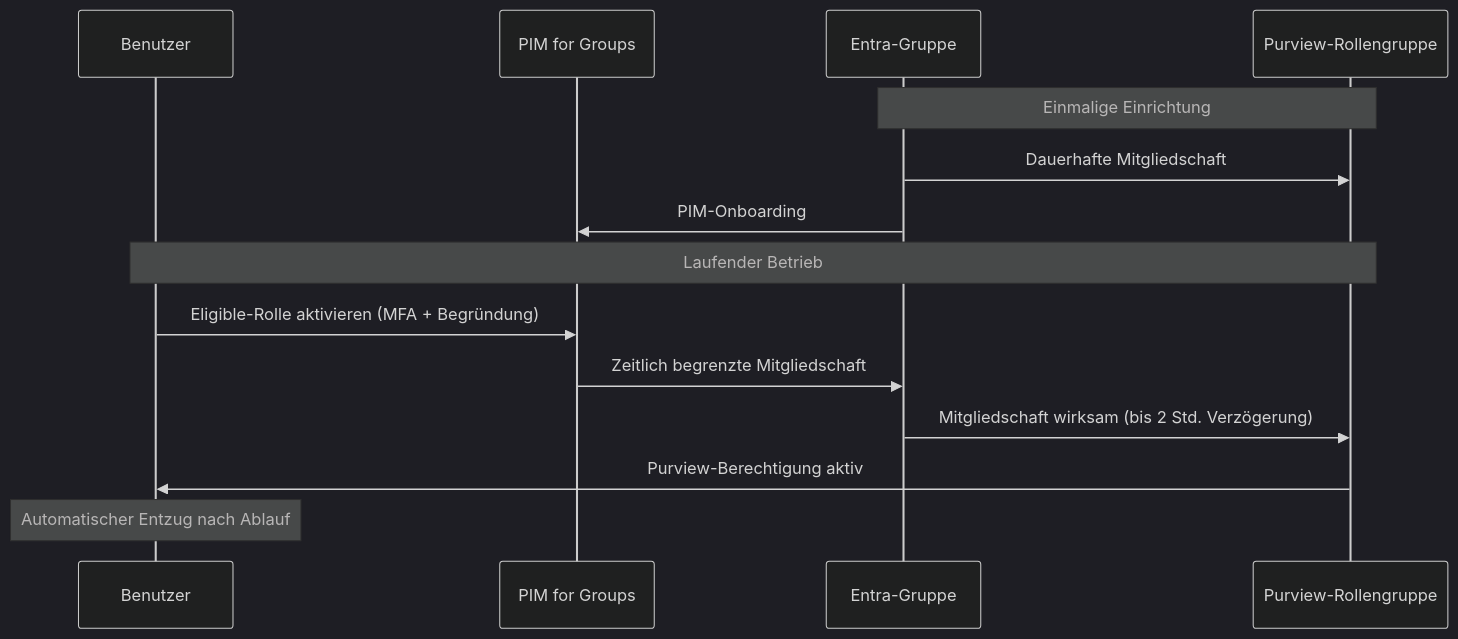
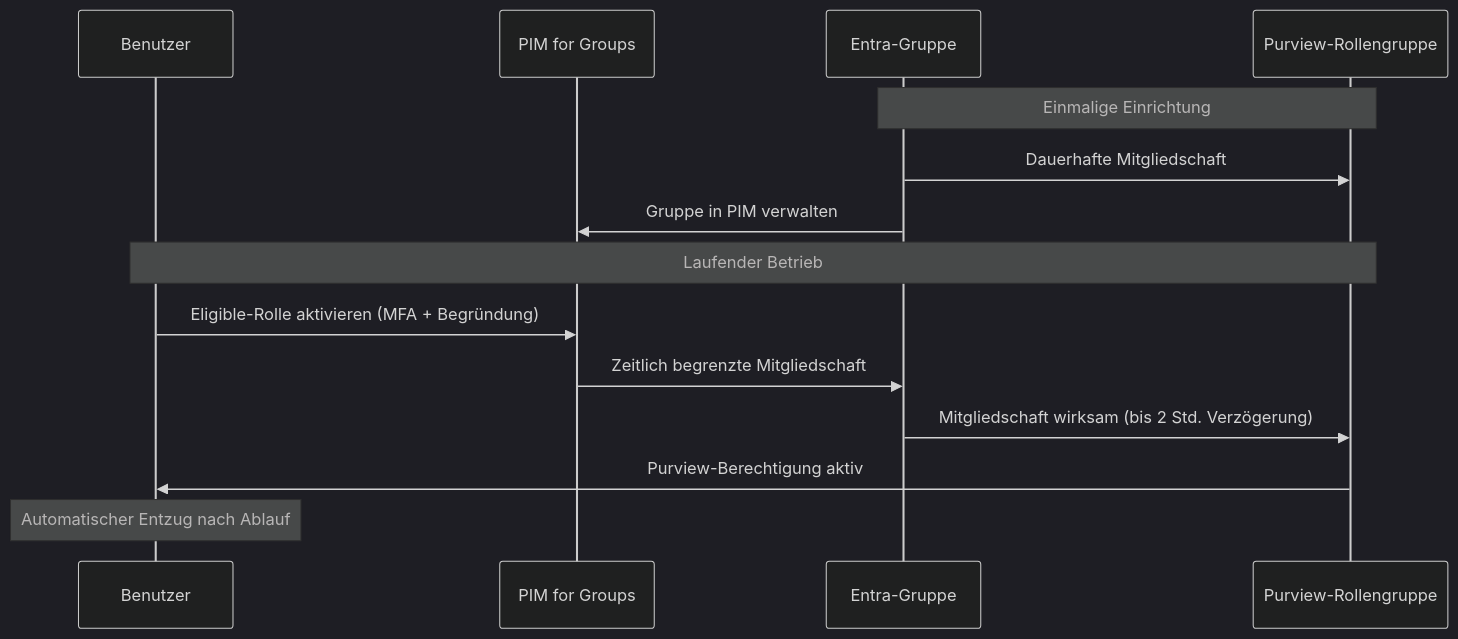
Before and after one commit to WeissiEfficiency/Purview: the fifth of 10 diagrams in Roadmap/Visualisierungen.md, drawn with Mermaid (dark theme). The commit also changed other lines of this file and 22 other files, not shown here.

````diff
--- a/Roadmap/Visualisierungen.md
+++ b/Roadmap/Visualisierungen.md
@@ -89,18 +115,18 @@
 ```mermaid
 sequenceDiagram
     participant U as Benutzer
     participant PIM as PIM for Groups
     participant Grp as Entra-Gruppe
     participant Pur as Purview-Rollengruppe
 
     Note over Grp,Pur: Einmalige Einrichtung
     Grp->>Pur: Dauerhafte Mitgliedschaft
-    Grp->>PIM: PIM-Onboarding
+    Grp->>PIM: Gruppe in PIM verwalten
 
     Note over U,Pur: Laufender Betrieb
     U->>PIM: Eligible-Rolle aktivieren (MFA + Begründung)
     PIM->>Grp: Zeitlich begrenzte Mitgliedschaft
     Grp->>Pur: Mitgliedschaft wirksam (bis 2 Std. Verzögerung)
     Pur->>U: Purview-Berechtigung aktiv
     Note over U: Automatischer Entzug nach Ablauf
 ```
````
